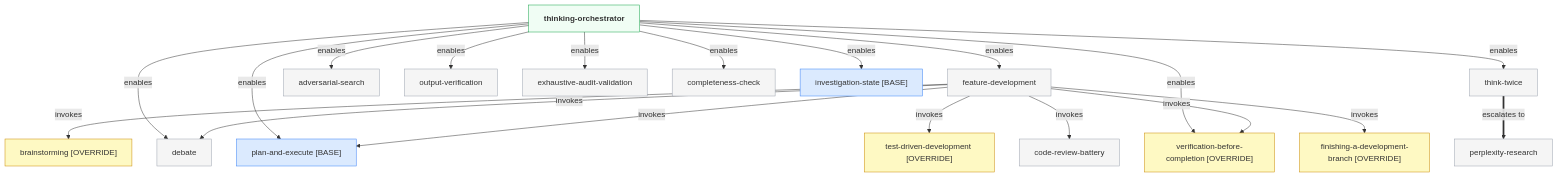
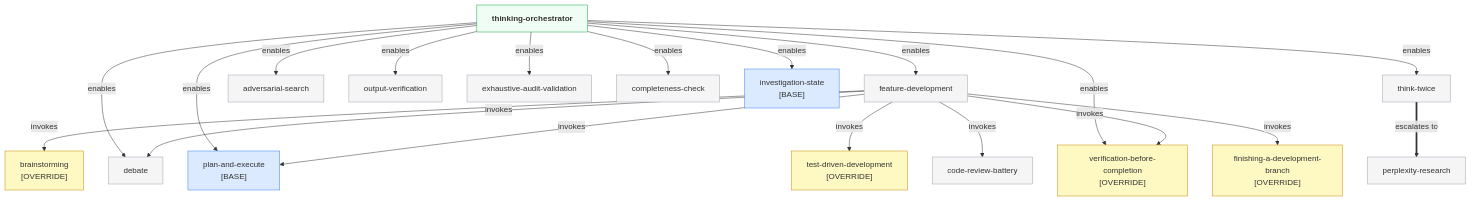
Before and after one commit to bordenet/superpowers-plus: the second of 7 diagrams in docs/SKILL_TAXONOMY.md, drawn with Mermaid. The commit also changed other lines of this file and 3 other files, not shown here.

First line of the commit message:
docs: add DESIGN.md and fix mermaid diagrams across docs (#675)

````diff
--- a/docs/SKILL_TAXONOMY.md
+++ b/docs/SKILL_TAXONOMY.md
@@ -88,45 +90,45 @@
 ```mermaid
 flowchart TD
     classDef orch fill:#f0fdf4,stroke:#16a34a,font-weight:bold
     classDef ovrd fill:#fef9c3,stroke:#ca8a04
     classDef base fill:#dbeafe,stroke:#3b82f6
     classDef new fill:#f5f5f5,stroke:#9ca3af
 
     TO[thinking-orchestrator]:::orch
     FD[feature-development]:::new
     DB[debate]:::new
-    PAE["plan-and-execute [BASE]"]:::base
+    PAE["plan-and-execute<br/>[BASE]"]:::base
     TWT[think-twice]:::new
     AS[adversarial-search]:::new
-    VBC["verification-before-completion [OVERRIDE]"]:::ovrd
+    VBC["verification-before-completion<br/>[OVERRIDE]"]:::ovrd
     OV[output-verification]:::new
     EAV[exhaustive-audit-validation]:::new
     CS[completeness-check]:::new
-    IS["investigation-state [BASE]"]:::base
+    IS["investigation-state<br/>[BASE]"]:::base
     PR[perplexity-research]:::new
-    BST["brainstorming [OVERRIDE]"]:::ovrd
-    TDD["test-driven-development [OVERRIDE]"]:::ovrd
+    BST["brainstorming<br/>[OVERRIDE]"]:::ovrd
+    TDD["test-driven-development<br/>[OVERRIDE]"]:::ovrd
     CRB[code-review-battery]:::new
-    FDAB["finishing-a-development-branch [OVERRIDE]"]:::ovrd
+    FDAB["finishing-a-development-branch<br/>[OVERRIDE]"]:::ovrd
 
     TO -->|enables| FD
     TO -->|enables| DB
     TO -->|enables| PAE
     TO -->|enables| TWT
     TO -->|enables| AS
     TO -->|enables| VBC
     TO -->|enables| OV
     TO -->|enables| EAV
     TO -->|enables| CS
     TO -->|enables| IS
 
     FD -->|invokes| BST
     FD -->|invokes| DB
     FD -->|invokes| PAE
     FD -->|invokes| TDD
     FD -->|invokes| CRB
     FD -->|invokes| VBC
     FD -->|invokes| FDAB
 
     TWT ==>|escalates to| PR
 ```
````
